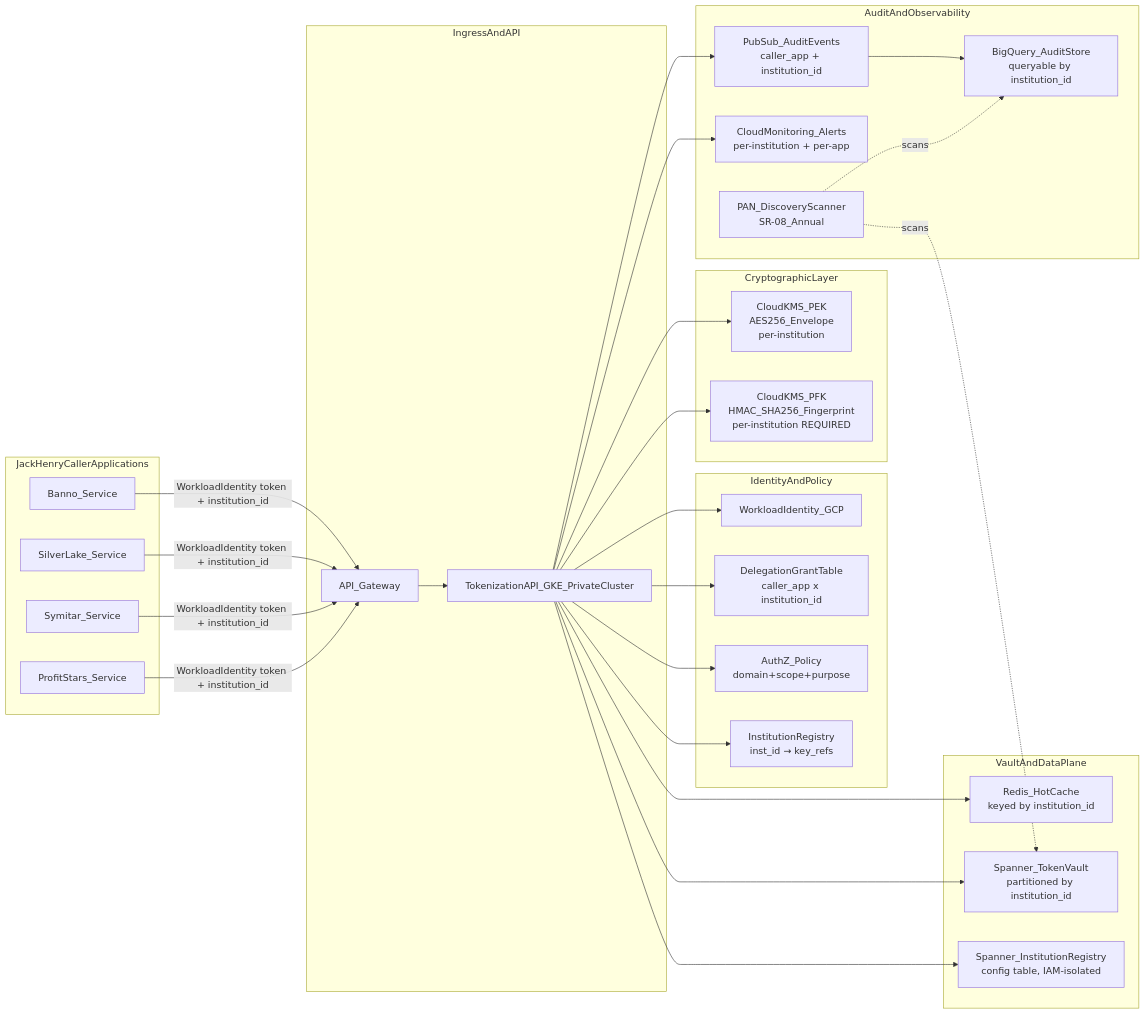
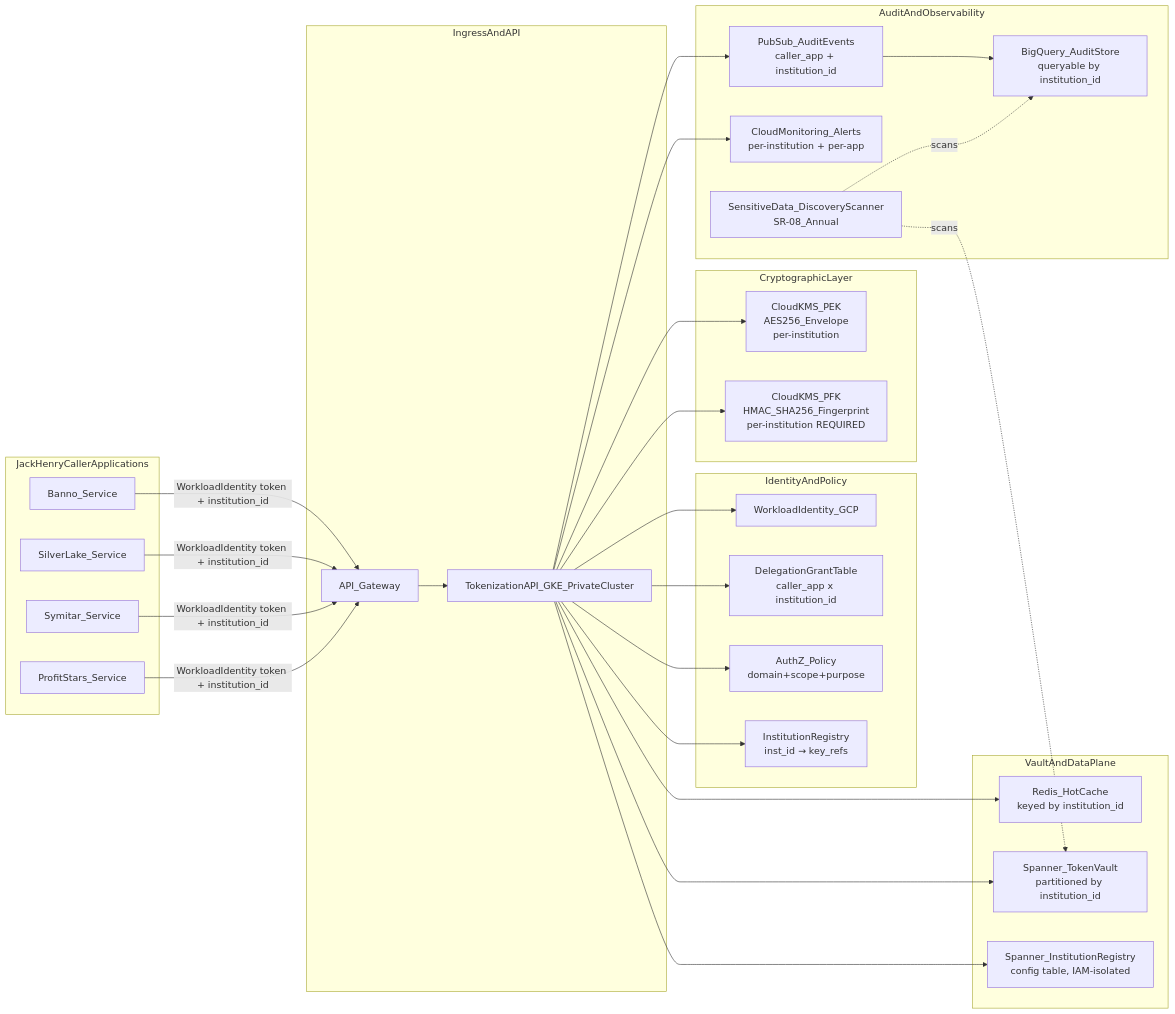
The first of 4 diagrams in docs/architecture-diagrams.md (MonkeyWrenchGang/vigilant-couscous), drawn with Mermaid before and after one commit. The commit also changed other lines of this file and 25 other files, not shown here.

````diff
--- a/docs/architecture-diagrams.md
+++ b/docs/architecture-diagrams.md
@@ -5,59 +5,59 @@
 ```mermaid
 flowchart LR
   subgraph callers [JackHenryCallerApplications]
     banno[Banno_Service]
     silverlake[SilverLake_Service]
     symitar[Symitar_Service]
     profitstars[ProfitStars_Service]
   end
 
   subgraph edge [IngressAndAPI]
     apiGateway[API_Gateway]
     tokenApi[TokenizationAPI_GKE_PrivateCluster]
   end
 
   subgraph identity [IdentityAndPolicy]
     workloadIdentity[WorkloadIdentity_GCP]
     grantTable[DelegationGrantTable\ncaller_app x institution_id]
     authPolicy[AuthZ_Policy\ndomain+scope+purpose]
     institutionRegistry[InstitutionRegistry\ninst_id → key_refs]
   end
 
   subgraph crypto [CryptographicLayer]
     pemKey[CloudKMS_PEK\nAES256_Envelope\nper-institution]
     pfkKey[CloudKMS_PFK\nHMAC_SHA256_Fingerprint\nper-institution REQUIRED]
   end
 
   subgraph data [VaultAndDataPlane]
     redisCache[Redis_HotCache\nkeyed by institution_id]
     spannerVault[Spanner_TokenVault\npartitioned by institution_id]
     spannerConfig[Spanner_InstitutionRegistry\nconfig table, IAM-isolated]
   end
 
   subgraph observability [AuditAndObservability]
     pubsubAudit[PubSub_AuditEvents\ncaller_app + institution_id]
     bigqueryAudit[BigQuery_AuditStore\nqueryable by institution_id]
     monitoring[CloudMonitoring_Alerts\nper-institution + per-app]
-    panDiscovery[PAN_DiscoveryScanner\nSR-08_Annual]
+    sensitiveDataDiscovery[SensitiveData_DiscoveryScanner\nSR-08_Annual]
   end
 
   banno -->|WorkloadIdentity token + institution_id| apiGateway
   silverlake -->|WorkloadIdentity token + institution_id| apiGateway
   symitar -->|WorkloadIdentity token + institution_id| apiGateway
   profitstars -->|WorkloadIdentity token + institution_id| apiGateway
   apiGateway --> tokenApi
   tokenApi --> workloadIdentity
   tokenApi --> grantTable
   tokenApi --> authPolicy
   tokenApi --> institutionRegistry
   tokenApi --> pfkKey
   tokenApi --> pemKey
   tokenApi --> redisCache
   tokenApi --> spannerVault
   tokenApi --> spannerConfig
   tokenApi --> pubsubAudit
   pubsubAudit --> bigqueryAudit
   tokenApi --> monitoring
-  panDiscovery -.->|scans| bigqueryAudit
-  panDiscovery -.->|scans| spannerVault
+  sensitiveDataDiscovery -.->|scans| bigqueryAudit
+  sensitiveDataDiscovery -.->|scans| spannerVault
 ```
````
